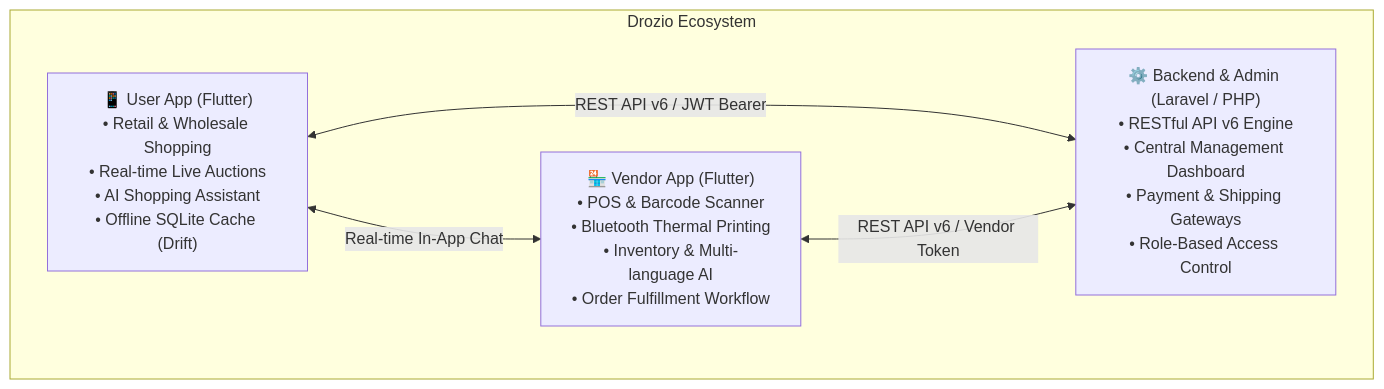
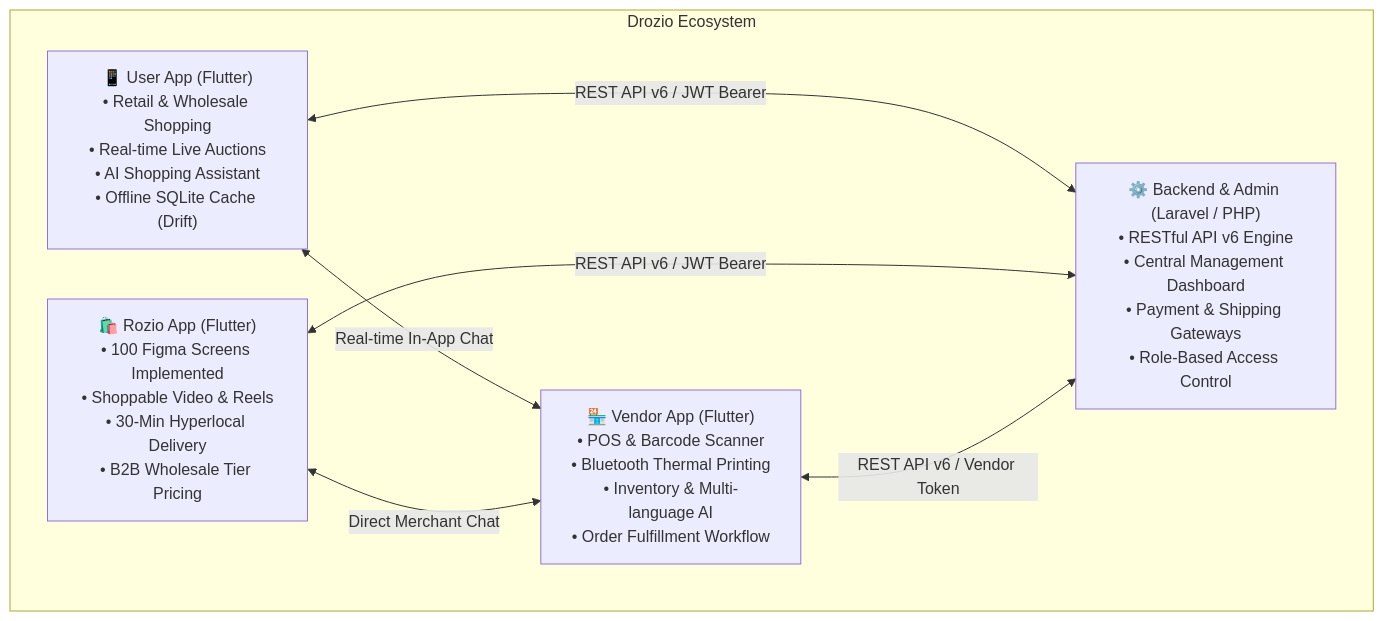
The diagram in README.md (Diploy-Space/Drozio), drawn with Mermaid before and after one commit. The commit also changed other lines of this file and 55 other files, not shown here.

````diff
--- a/README.md
+++ b/README.md
@@ -43,12 +44,15 @@
 ```mermaid
 flowchart TD
     subgraph Drozio Ecosystem
         UA["📱 User App (Flutter)<br/>• Retail & Wholesale Shopping<br/>• Real-time Live Auctions<br/>• AI Shopping Assistant<br/>• Offline SQLite Cache (Drift)"]
+        RZ["🛍️ Rozio App (Flutter)<br/>• 100 Figma Screens Implemented<br/>• Shoppable Video & Reels<br/>• 30-Min Hyperlocal Delivery<br/>• B2B Wholesale Tier Pricing"]
         VA["🏪 Vendor App (Flutter)<br/>• POS & Barcode Scanner<br/>• Bluetooth Thermal Printing<br/>• Inventory & Multi-language AI<br/>• Order Fulfillment Workflow"]
         API["⚙️ Backend & Admin (Laravel / PHP)<br/>• RESTful API v6 Engine<br/>• Central Management Dashboard<br/>• Payment & Shipping Gateways<br/>• Role-Based Access Control"]
     end
 
     UA <-->|REST API v6 / JWT Bearer| API
+    RZ <-->|REST API v6 / JWT Bearer| API
     VA <-->|REST API v6 / Vendor Token| API
     UA <-->|Real-time In-App Chat| VA
+    RZ <-->|Direct Merchant Chat| VA
 ```
````
